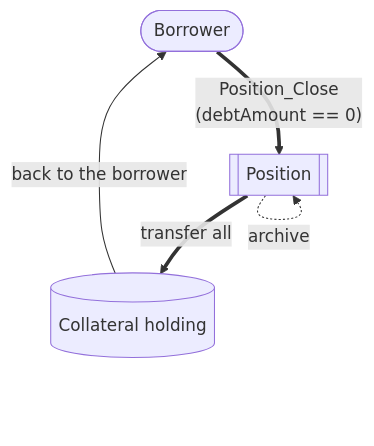
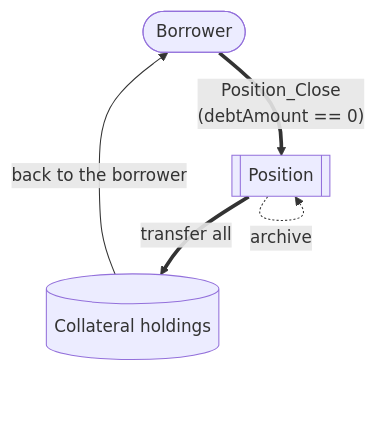
Before and after one commit to OpenZeppelin/canton-specs: the fifth of 7 diagrams in docs/reference-architectures/lending.md, drawn with Mermaid. The commit also changed other lines of this file, not shown here.

````diff
--- a/docs/reference-architectures/lending.md
+++ b/docs/reference-architectures/lending.md
@@ -315,11 +328,11 @@
 ```mermaid
 flowchart TD
     Borrower([Borrower])
     Position[["Position"]]
-    Collateral[("Collateral holding")]
+    Collateral[("Collateral holdings")]
 
     Borrower ==>|"Position_Close<br/>(debtAmount == 0)"| Position
     Position ==>|"transfer all"| Collateral
     Collateral -->|"back to the borrower"| Borrower
     Position -.->|"archive"| Position
 ```
````
